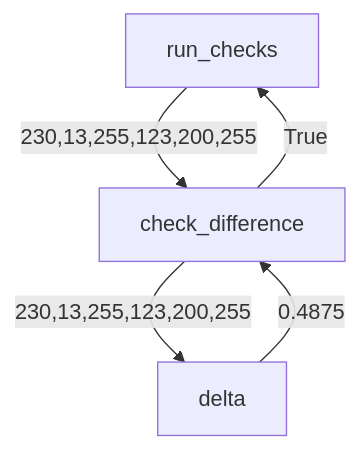
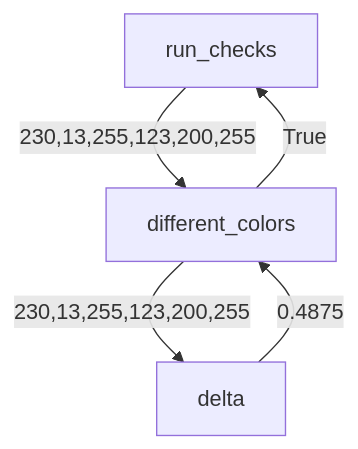
The first of 8 diagrams in instructions/ColorTestorDesign.md (CS5001-khoury/hw03), drawn with Mermaid before and after one commit. The commit also changed other lines of this file and 1 other file, not shown here.

````diff
--- a/instructions/ColorTestorDesign.md
+++ b/instructions/ColorTestorDesign.md
@@ -29,7 +29,7 @@
 ```mermaid
 flowchart TD
-    run_checks -- 230,13,255,123,200,255 --> check_difference
-    check_difference -- 230,13,255,123,200,255 --> delta
-    delta -- 0.4875 --> check_difference
-    check_difference -- True --> run_checks
+    run_checks -- 230,13,255,123,200,255 --> different_colors
+    different_colors -- 230,13,255,123,200,255 --> delta
+    delta -- 0.4875 --> different_colors
+    different_colors -- True --> run_checks
 ```
````
